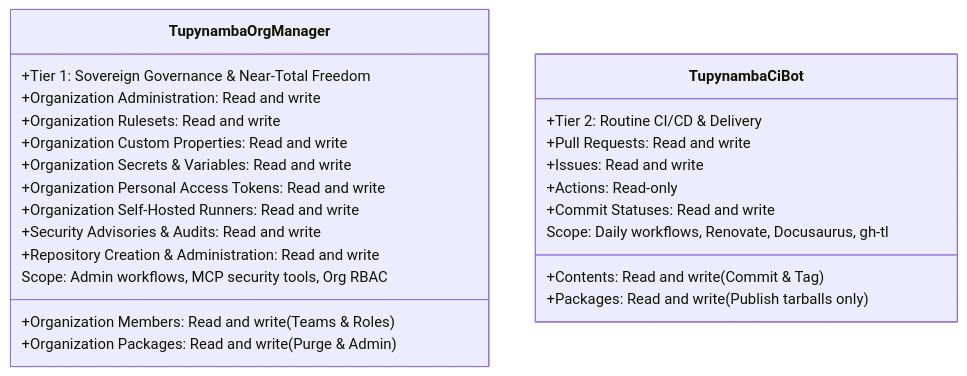
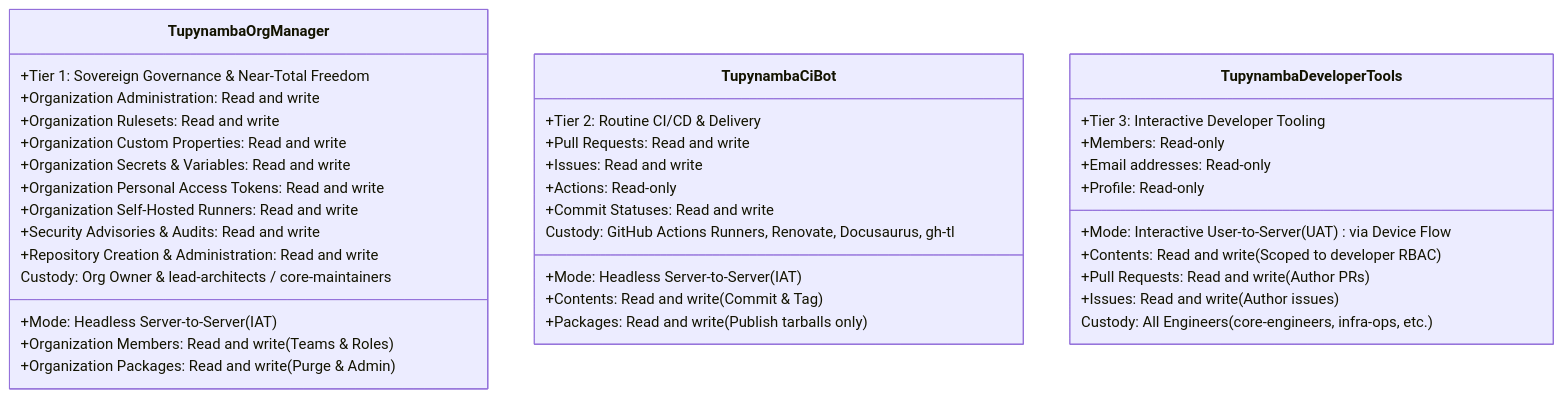
One commit to tupynambalucas-dev/.github changed the fourth of 8 diagrams in .agents/analyses/github-app-organizational-architecture-and-setup-guide.md. Above: the diagram before and after it, drawn with Mermaid. The commit also changed other lines of this file, not shown here.

Commit message:
docs(identity): upgrade to three-tier github app architecture (#25)

````diff
--- a/.agents/analyses/github-app-organizational-architecture-and-setup-guide.md
+++ b/.agents/analyses/github-app-organizational-architecture-and-setup-guide.md
@@ -209,28 +213,42 @@
 ```mermaid
 classDiagram
     class TupynambaOrgManager {
         +Tier 1: Sovereign Governance & Near-Total Freedom
+        +Mode: Headless Server-to-Server (IAT)
         +Organization Administration: Read and write
         +Organization Members: Read and write (Teams & Roles)
         +Organization Rulesets: Read and write
         +Organization Custom Properties: Read and write
         +Organization Secrets & Variables: Read and write
         +Organization Personal Access Tokens: Read and write
         +Organization Self-Hosted Runners: Read and write
         +Organization Packages: Read and write (Purge & Admin)
         +Security Advisories & Audits: Read and write
         +Repository Creation & Administration: Read and write
-        Scope: Admin workflows, MCP security tools, Org RBAC
+        Custody: Org Owner & lead-architects / core-maintainers
     }
 
     class TupynambaCiBot {
         +Tier 2: Routine CI/CD & Delivery
+        +Mode: Headless Server-to-Server (IAT)
         +Contents: Read and write (Commit & Tag)
         +Pull Requests: Read and write
         +Issues: Read and write
         +Actions: Read-only
         +Packages: Read and write (Publish tarballs only)
         +Commit Statuses: Read and write
-        Scope: Daily workflows, Renovate, Docusaurus, gh-tl
+        Custody: GitHub Actions Runners, Renovate, Docusaurus, gh-tl
+    }
+
+    class TupynambaDeveloperTools {
+        +Tier 3: Interactive Developer Tooling
+        +Mode: Interactive User-to-Server (UAT) via Device Flow
+        +Contents: Read and write (Scoped to developer RBAC)
+        +Pull Requests: Read and write (Author PRs)
+        +Issues: Read and write (Author issues)
+        +Members: Read-only
+        +Email addresses: Read-only
+        +Profile: Read-only
+        Custody: All Engineers (core-engineers, infra-ops, etc.)
     }
 ```
````
